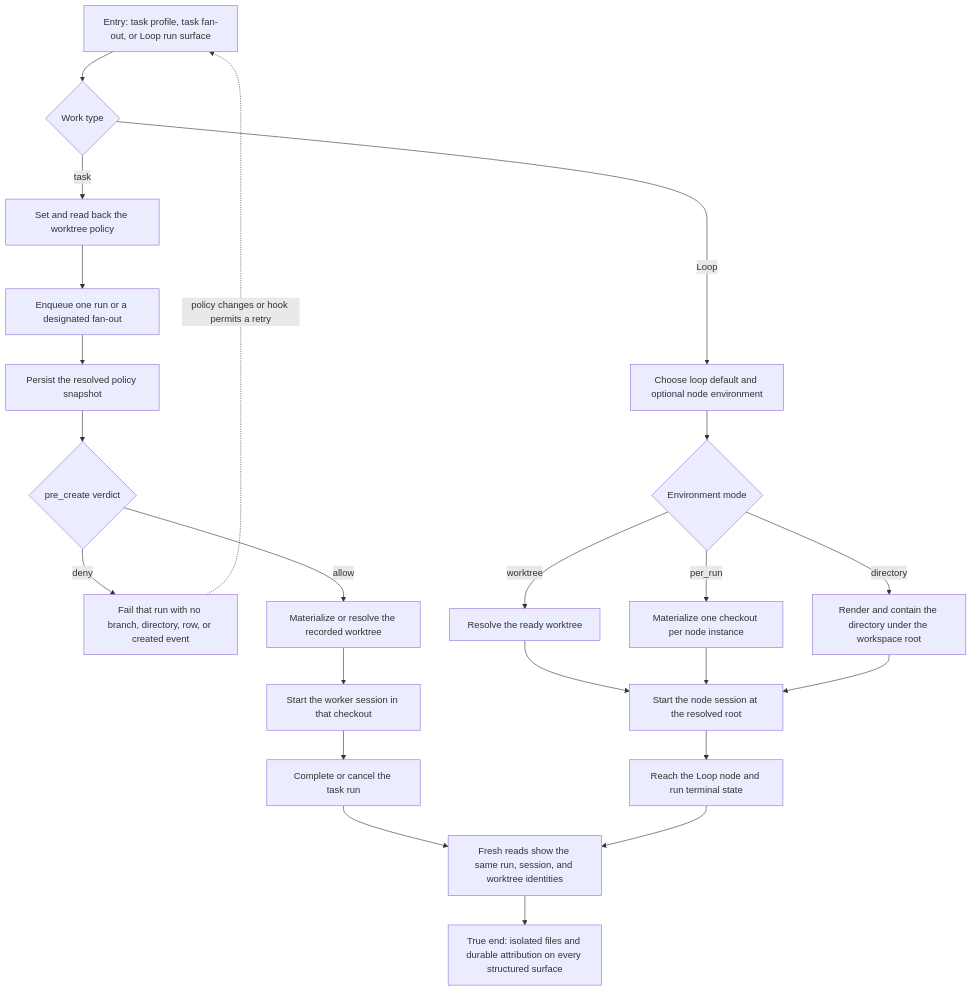
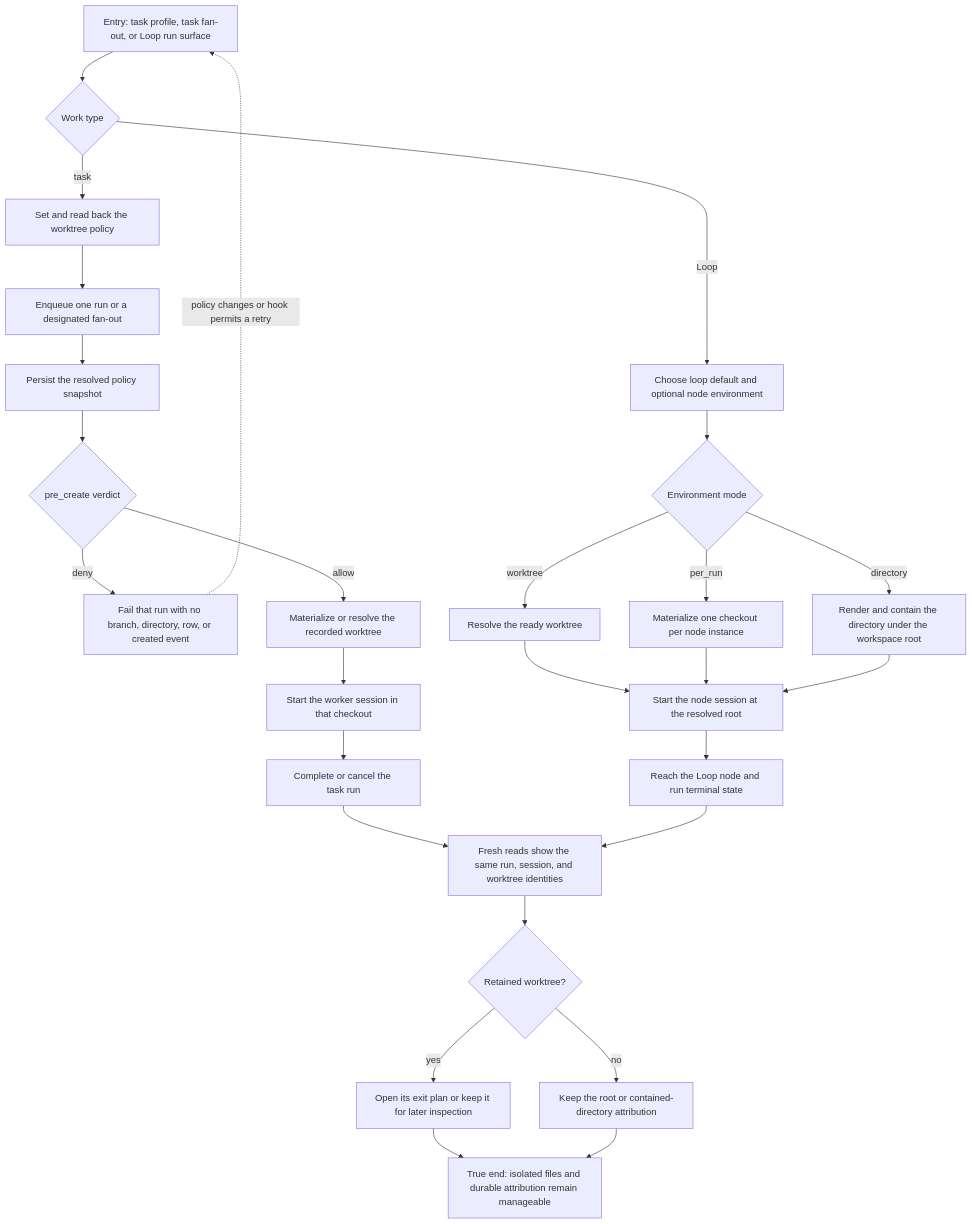
The diagram in docs/qa/journeys/J-isolated-task-loop-execution.md (compozy/compozy), drawn with Mermaid before and after one commit. The commit also changed other lines of this file and 241 other files, not shown here.

First line of the commit message:
feat: QA Plan and Session Charters #09

````diff
--- a/docs/qa/journeys/J-isolated-task-loop-execution.md
+++ b/docs/qa/journeys/J-isolated-task-loop-execution.md
@@ -8,25 +8,29 @@
 ```mermaid
 flowchart TD
     A[Entry: task profile, task fan-out, or Loop run surface] --> B{Work type}
     B -->|task| C[Set and read back the worktree policy]
     C --> D[Enqueue one run or a designated fan-out]
     D --> E[Persist the resolved policy snapshot]
     E --> F{pre_create verdict}
     F -->|deny| X1[Fail that run with no branch, directory, row, or created event]
     F -->|allow| G[Materialize or resolve the recorded worktree]
     G --> H[Start the worker session in that checkout]
     H --> I[Complete or cancel the task run]
     B -->|Loop| J[Choose loop default and optional node environment]
     J --> K{Environment mode}
     K -->|worktree| L[Resolve the ready worktree]
     K -->|per_run| M[Materialize one checkout per node instance]
     K -->|directory| N[Render and contain the directory under the workspace root]
     L --> O[Start the node session at the resolved root]
     M --> O
     N --> O
     O --> P[Reach the Loop node and run terminal state]
     I --> Q[Fresh reads show the same run, session, and worktree identities]
     P --> Q
+    Q --> R{Retained worktree?}
+    R -->|yes| S[Open its exit plan or keep it for later inspection]
+    R -->|no| T[Keep the root or contained-directory attribution]
+    S --> U[True end: isolated files and durable attribution remain manageable]
+    T --> U
     X1 -.->|policy changes or hook permits a retry| A
-    Q --> R[True end: isolated files and durable attribution on every structured surface]
 ```
````
